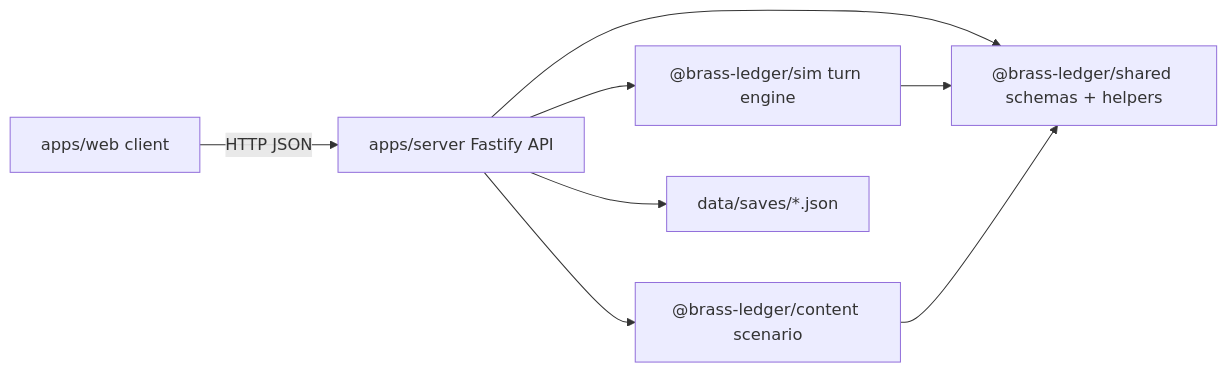
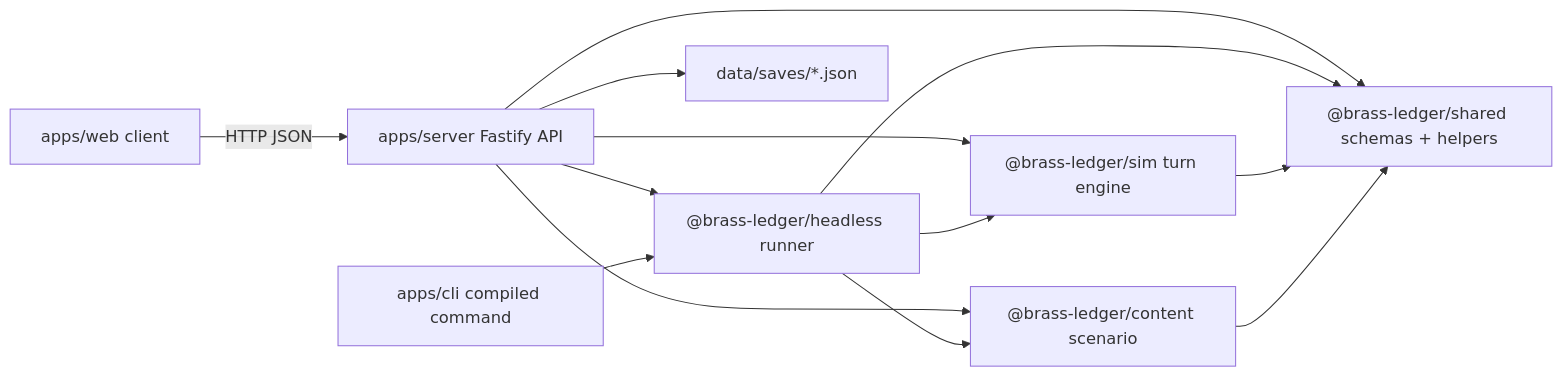
One commit to Joncallim/brass-ledger changed the diagram in Brass Ledge Documentation/POTATO/backend-review/architecture-map.md. Above: the diagram before and after it, drawn with Mermaid. The commit also changed other lines of this file and 25 other files, not shown here.

````diff
--- a/Brass Ledge Documentation/POTATO/backend-review/architecture-map.md
+++ b/Brass Ledge Documentation/POTATO/backend-review/architecture-map.md
@@ -16,10 +16,15 @@
 ```mermaid
 flowchart LR
   Web["apps/web client"] -->|HTTP JSON| Server["apps/server Fastify API"]
+  Server --> Headless["@brass-ledger/headless runner"]
   Server --> Content["@brass-ledger/content scenario"]
   Server --> Shared["@brass-ledger/shared schemas + helpers"]
   Server --> Sim["@brass-ledger/sim turn engine"]
   Server --> Store["data/saves/*.json"]
+  CLI["apps/cli compiled command"] --> Headless
+  Headless --> Content
+  Headless --> Shared
+  Headless --> Sim
   Sim --> Shared
   Content --> Shared
 ```
````
